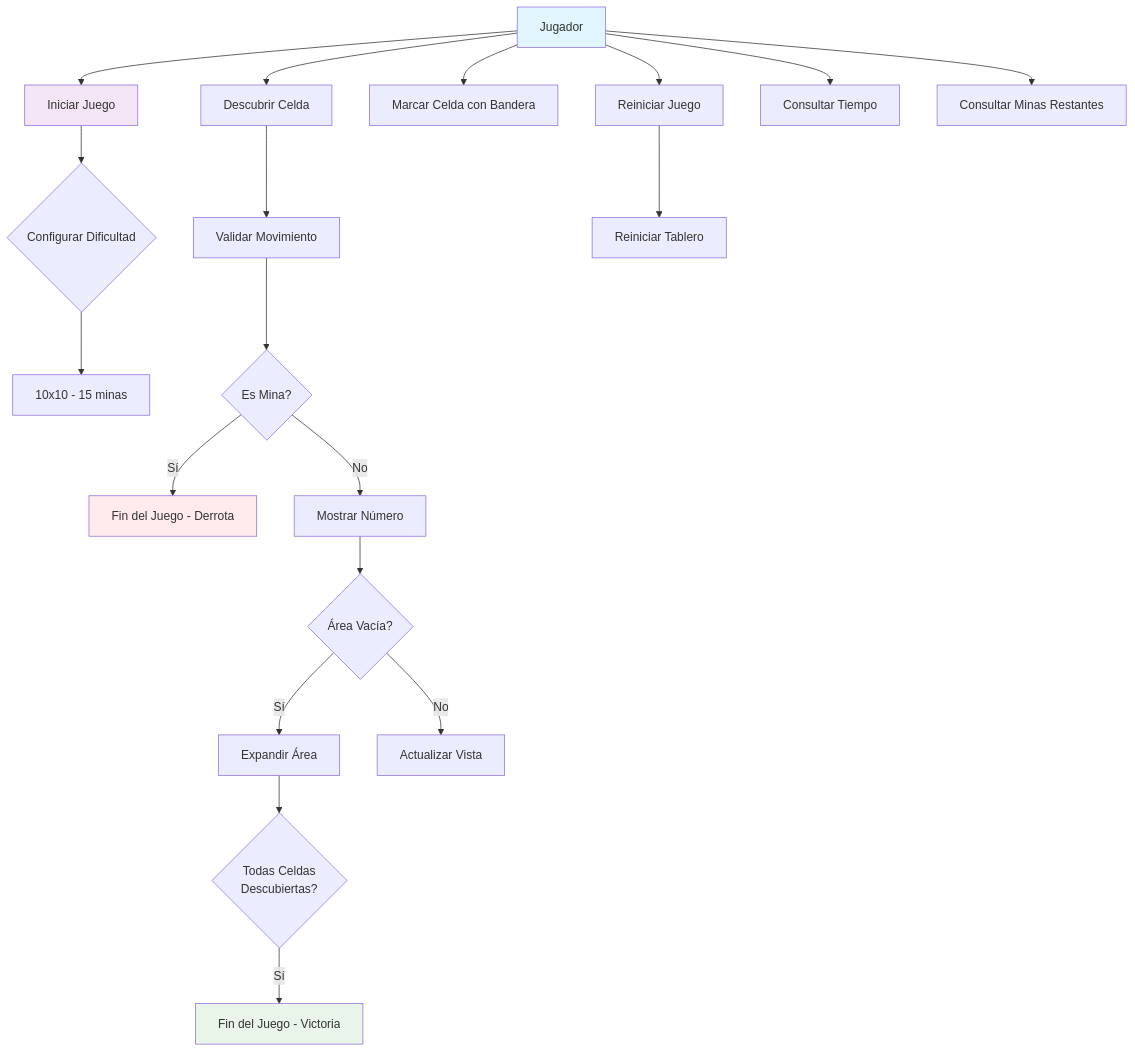
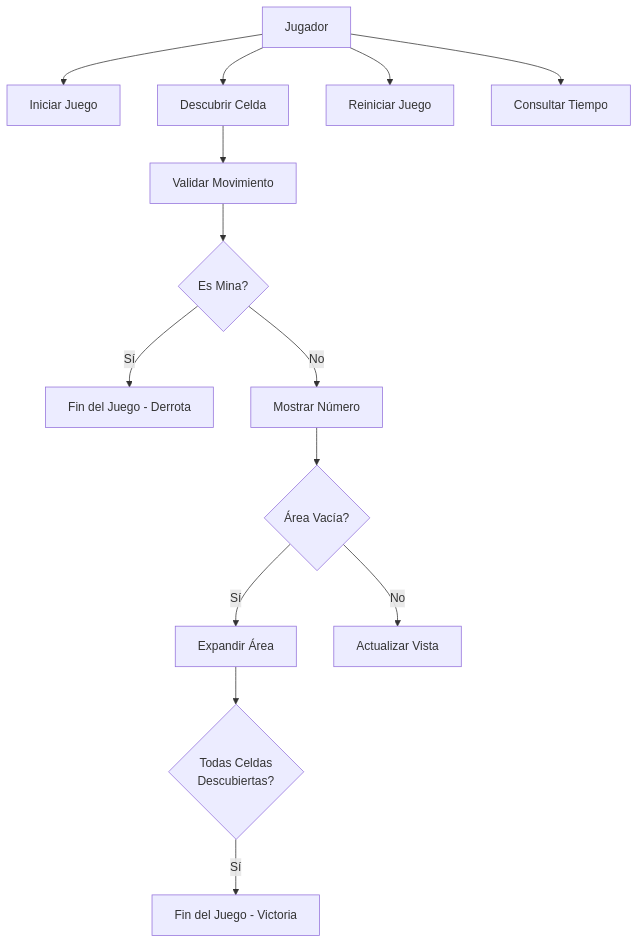
One commit to pum9-jpg/programacion-avanzada changed the first of 3 diagrams in ejemplos/Buscaminas/README.md. Above: the diagram before and after it, drawn with Mermaid.

````diff
--- a/ejemplos/Buscaminas/README.md
+++ b/ejemplos/Buscaminas/README.md
@@ -39,31 +39,20 @@
 ```mermaid
 graph TD
     A[Jugador] --> B[Iniciar Juego]
     A --> C[Descubrir Celda]
-    A --> D[Marcar Celda con Bandera]
     A --> E[Reiniciar Juego]
     A --> F[Consultar Tiempo]
-    A --> G[Consultar Minas Restantes]
-    
-    B --> H{Configurar Dificultad}
-    H --> I[10x10 - 15 minas]
     
     C --> J[Validar Movimiento]
     J --> K{Es Mina?}
     K -->|Sí| L[Fin del Juego - Derrota]
     K -->|No| M[Mostrar Número]
     
     M --> N{Área Vacía?}
     N -->|Sí| O[Expandir Área]
     N -->|No| P[Actualizar Vista]
     
     O --> Q{Todas Celdas<br>Descubiertas?}
     Q -->|Sí| R[Fin del Juego - Victoria]
     
-    E --> S[Reiniciar Tablero]
-    
-    style A fill:#e1f5fe
-    style L fill:#ffebee
-    style R fill:#e8f5e8
-    style B fill:#f3e5f5
 ```
````
